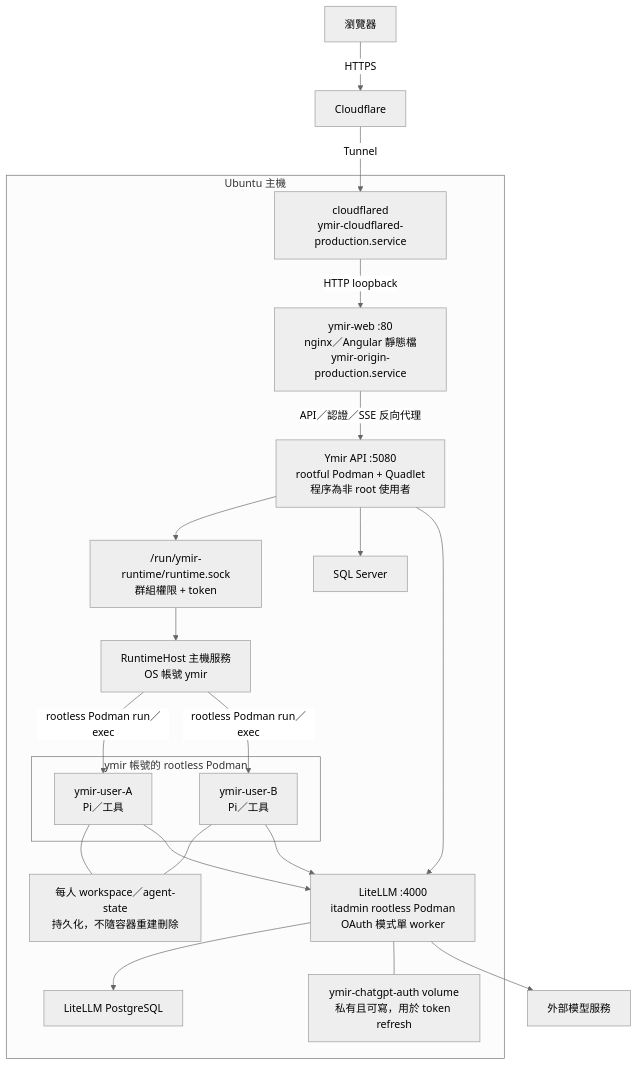
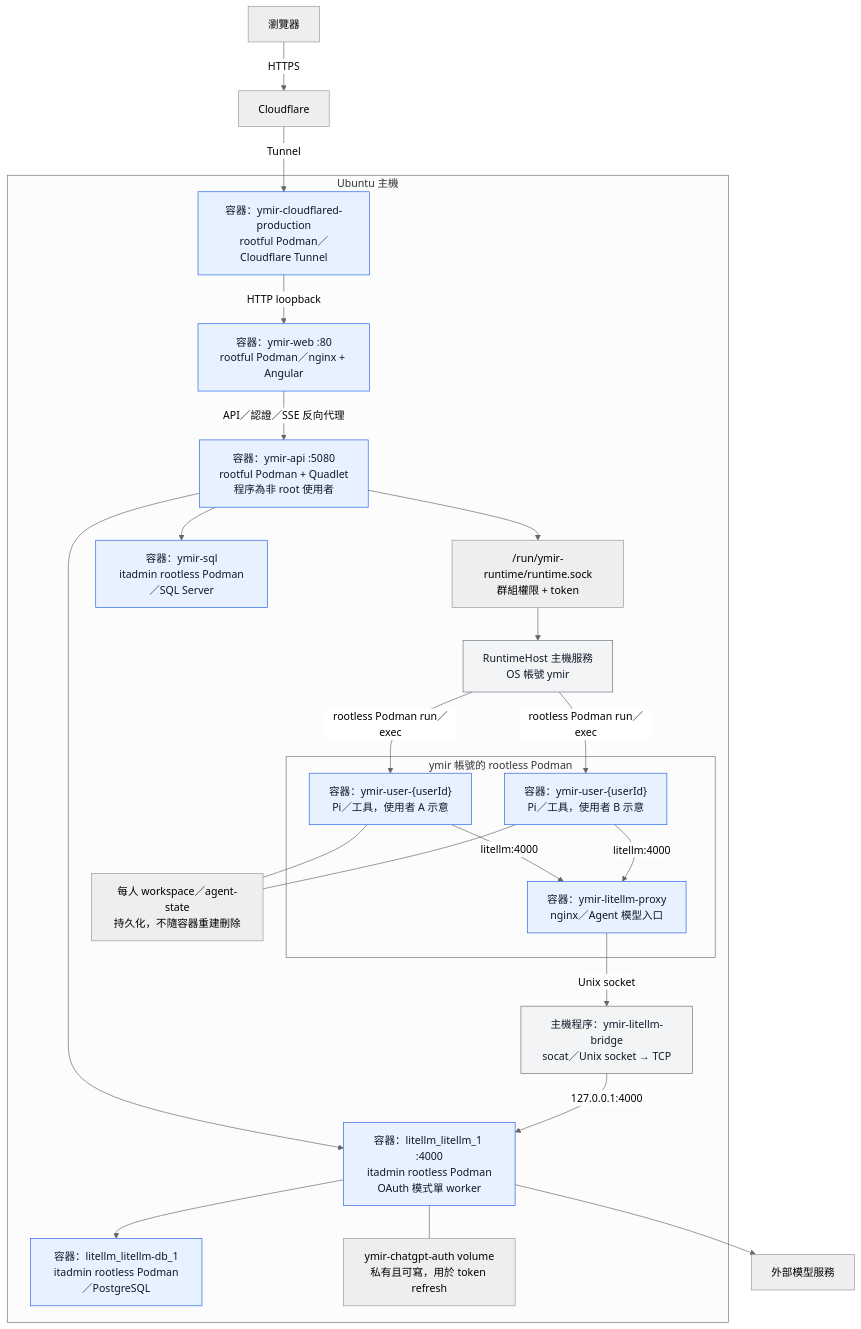
One commit to puremars2015/Ymir changed the second of 5 diagrams in architecture.md. Above: the diagram before and after it, drawn with Mermaid (neutral theme). The commit also changed other lines of this file, not shown here.

Commit message:
docs: identify production containers and retained legacy instances

````diff
--- a/architecture.md
+++ b/architecture.md
@@ -32,35 +32,43 @@
 ```mermaid
 flowchart TB
     Browser["瀏覽器"] -->|HTTPS| CF["Cloudflare"]
     subgraph Linux["Ubuntu 主機"]
-        Tunnel["cloudflared<br/>ymir-cloudflared-production.service"]
-        Nginx["ymir-web :80<br/>nginx／Angular 靜態檔<br/>ymir-origin-production.service"]
-        API["Ymir API :5080<br/>rootful Podman + Quadlet<br/>程序為非 root 使用者"]
+        Tunnel["容器：ymir-cloudflared-production<br/>rootful Podman／Cloudflare Tunnel"]
+        Nginx["容器：ymir-web :80<br/>rootful Podman／nginx + Angular"]
+        API["容器：ymir-api :5080<br/>rootful Podman + Quadlet<br/>程序為非 root 使用者"]
         Socket["/run/ymir-runtime/runtime.sock<br/>群組權限 + token"]
         RH["RuntimeHost 主機服務<br/>OS 帳號 ymir"]
         subgraph UserIsolation["ymir 帳號的 rootless Podman"]
-            A1["ymir-user-A<br/>Pi／工具"]
-            A2["ymir-user-B<br/>Pi／工具"]
+            A1["容器：ymir-user-{userId}<br/>Pi／工具，使用者 A 示意"]
+            A2["容器：ymir-user-{userId}<br/>Pi／工具，使用者 B 示意"]
+            LP["容器：ymir-litellm-proxy<br/>nginx／Agent 模型入口"]
         end
+        Bridge["主機程序：ymir-litellm-bridge<br/>socat／Unix socket → TCP"]
         WS["每人 workspace／agent-state<br/>持久化，不隨容器重建刪除"]
-        SQL["SQL Server"]
-        LLM["LiteLLM :4000<br/>itadmin rootless Podman<br/>OAuth 模式單 worker"]
-        PG["LiteLLM PostgreSQL"]
+        SQL["容器：ymir-sql<br/>itadmin rootless Podman／SQL Server"]
+        LLM["容器：litellm_litellm_1 :4000<br/>itadmin rootless Podman<br/>OAuth 模式單 worker"]
+        PG["容器：litellm_litellm-db_1<br/>itadmin rootless Podman／PostgreSQL"]
         Auth["ymir-chatgpt-auth volume<br/>私有且可寫，用於 token refresh"]
     end
     CF -->|"Tunnel"| Tunnel
     Tunnel -->|"HTTP loopback"| Nginx
     Nginx -->|"API／認證／SSE 反向代理"| API
     API --> Socket --> RH
     RH -->|"rootless Podman run／exec"| A1
     RH -->|"rootless Podman run／exec"| A2
     A1 --- WS
     A2 --- WS
     API --> SQL
     API --> LLM
-    A1 --> LLM
-    A2 --> LLM
+    A1 -->|"litellm:4000"| LP
+    A2 -->|"litellm:4000"| LP
+    LP -->|"Unix socket"| Bridge
+    Bridge -->|"127.0.0.1:4000"| LLM
     LLM --> PG
     LLM --- Auth
     LLM --> External["外部模型服務"]
+    classDef container fill:#e8f1ff,stroke:#2563eb,color:#111827
+    classDef hostProcess fill:#f3f4f6,stroke:#6b7280,color:#111827
+    class Tunnel,Nginx,API,A1,A2,LP,SQL,LLM,PG container
+    class RH,Bridge hostProcess
 ```
````
